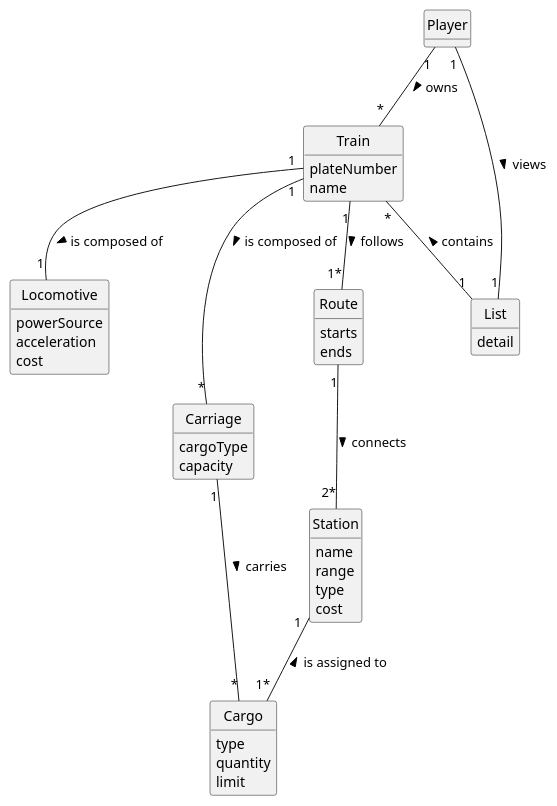
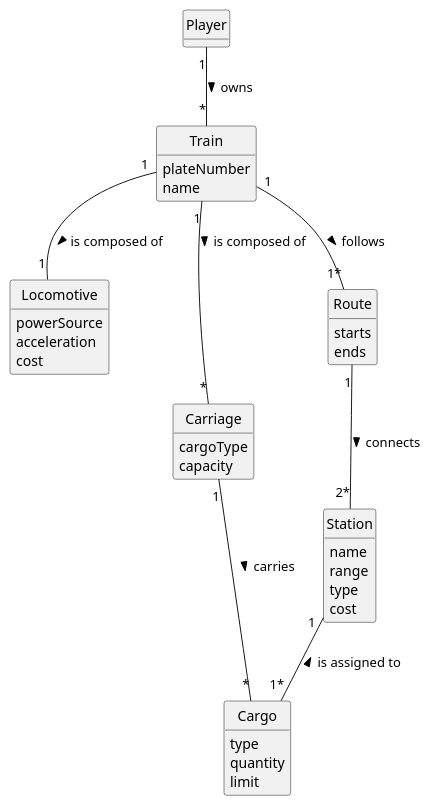
The diagram in docs/system-documentation/US011/02.analysis/puml/US011-DM.puml (1240826/empire-on-tracks), drawn with PlantUML before and after one commit. The commit also changed 24 other files, not shown here.

```diff
--- a/docs/system-documentation/US011/02.analysis/puml/US011-DM.puml
+++ b/docs/system-documentation/US011/02.analysis/puml/US011-DM.puml
@@ -1,66 +1,61 @@
 @startuml
 skinparam monochrome true
 skinparam packageStyle rectangle
 skinparam shadowing false
 
 skinparam classAttributeIconSize 0
 
 hide circle
 hide methods
 
 'title Domain Model for US011 - List All Trains
 
 class Player {
 }
 
-class List{
-detail
-}
 
 class Train {
     plateNumber
     name
 }
 
 class Locomotive {
     powerSource
     acceleration
     cost
 }
 
 class Carriage {
     cargoType
     capacity
 }
 
 class Cargo {
     type
     quantity
     limit
 }
 
 class Route{
     starts
     ends
 }
 
 class Station {
     name
     range
     type
     cost
 }
 
 Player "1" -- "*" Train : owns >
-Player"1"---"1" List:views >
 Station "1" -- "1*" Cargo : is assigned to <
 Train "1" -- "1" Locomotive : is composed of >
 Train "1" -- "*" Carriage : is composed of >
 Carriage "1" -- "*" Cargo : carries >
-Train"*"--right"1" List: contains <
 Train "1" -- "1*" Route : follows >
 Route "1" -- "2*" Station : connects >
 
 
 
 @enduml
```
